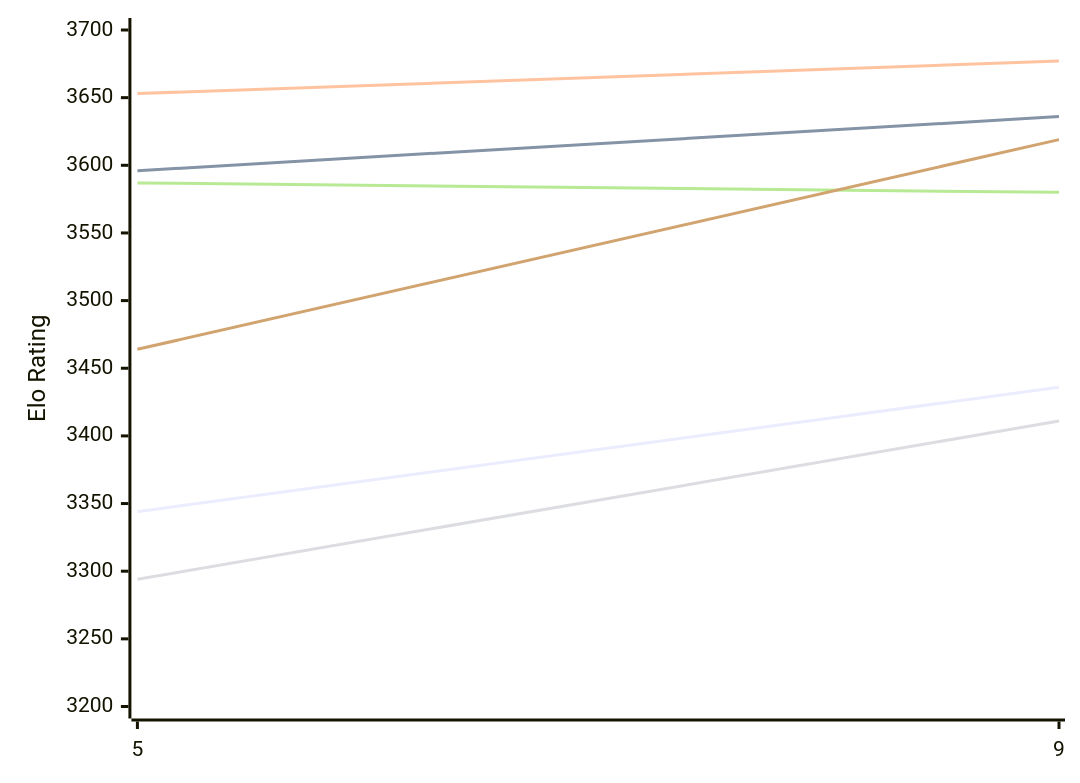
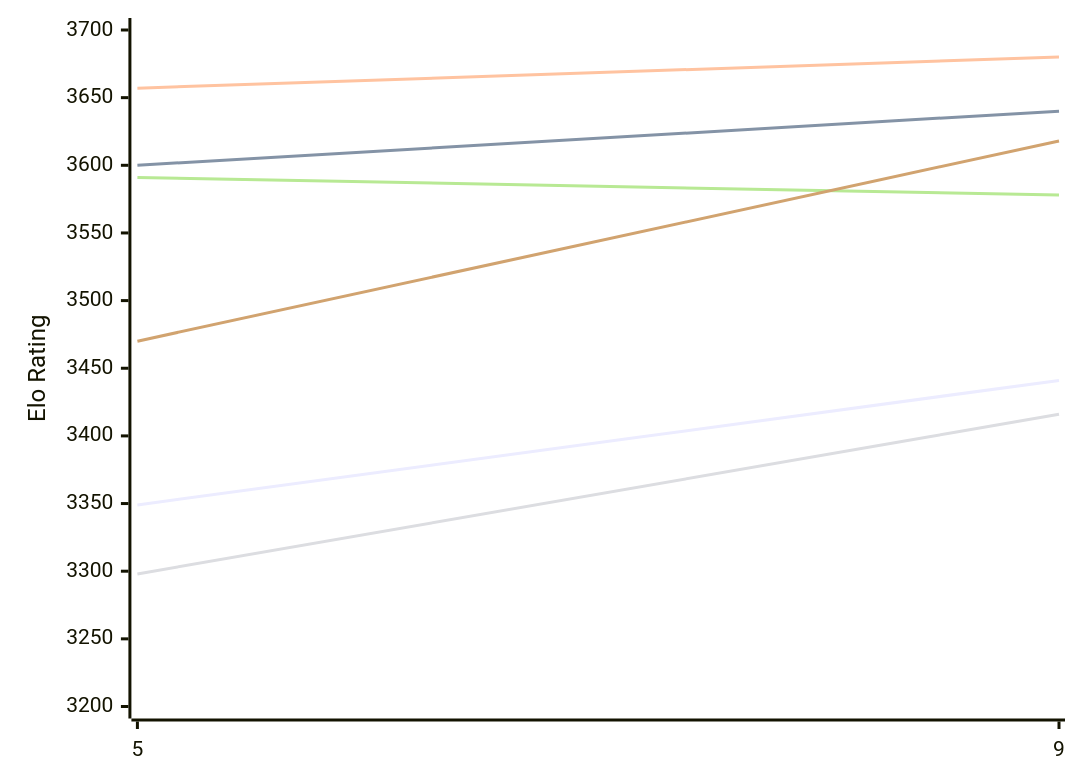
The first of 2 diagrams in engines/Crystal.md (computer-chess-index/cci), drawn with Mermaid before and after one commit. The commit also changed other lines of this file, not shown here.

Commit message:
Update CCI Ratings (ELO VLTC) - 2026-11-20

````diff
--- a/engines/Crystal.md
+++ b/engines/Crystal.md
@@ -50,12 +50,12 @@
 ```mermaid
 %%{init: {"theme":"base","themeVariables":{"seriesColors:['#a3a3a3','#222221','#faa371']}}}%%
 xychart-beta
   x-axis ["5", "9"]
   y-axis "Elo Rating" 3200 --> 3700
-  line "E1: STC (8.0+0.08s)" [3344, 3436]
-  line "E1: LTC (60.0+0.60s)" [3596, 3636]
-  line "E1: VLTC (2m24s+1.12s)" [3653, 3677]
-  line "P1: STC (8.0+0.08s)" [3294, 3411]
-  line "P1: LTC (60.0+0.60s)" [3587, 3580]
-  line "P1: VLTC (2m24s+1.12s)" [3464, 3619]
+  line "E1: STC (8.0+0.08s)" [3349, 3441]
+  line "E1: LTC (60.0+0.60s)" [3600, 3640]
+  line "E1: VLTC (2m24s+1.12s)" [3657, 3680]
+  line "P1: STC (8.0+0.08s)" [3298, 3416]
+  line "P1: LTC (60.0+0.60s)" [3591, 3578]
+  line "P1: VLTC (2m24s+1.12s)" [3470, 3618]
 ```
````
